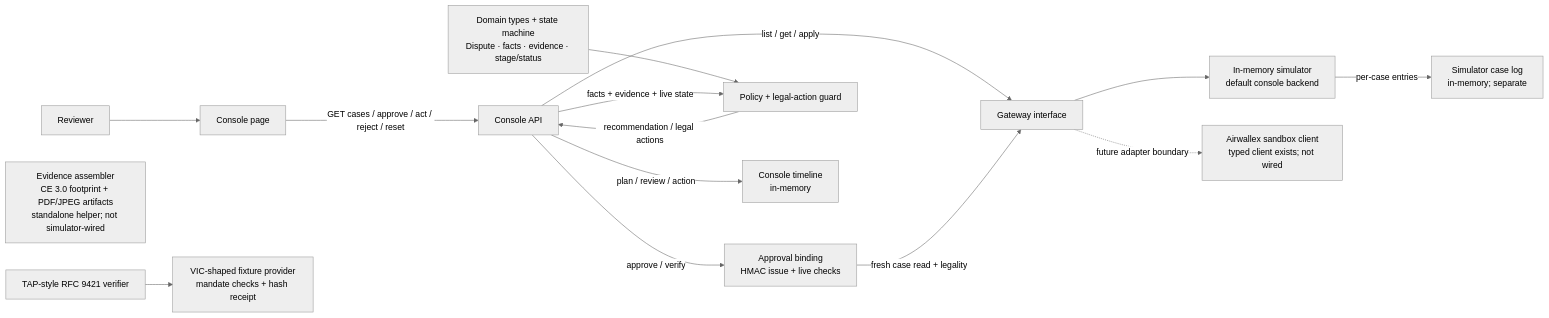
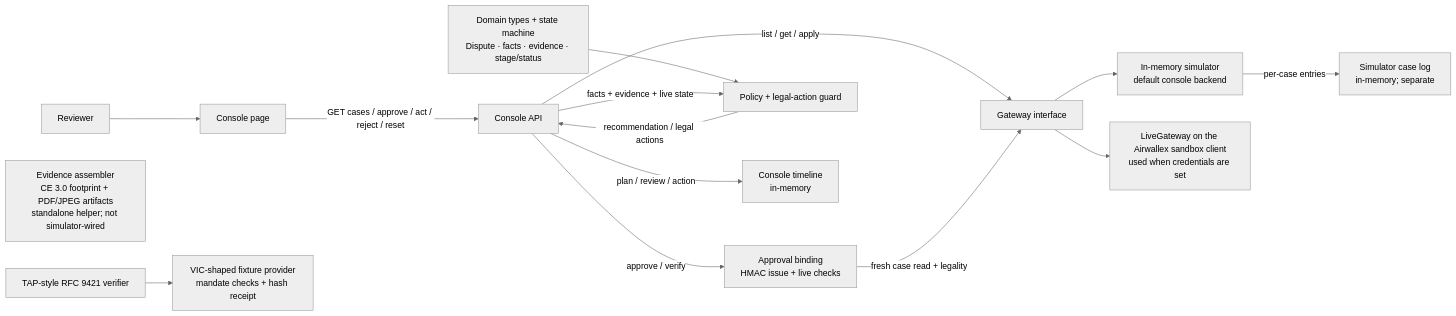
One commit to vyayasan/dispute-pilot changed the first of 2 diagrams in docs/system-architecture.md. Above: the diagram before and after it, drawn with Mermaid (neutral theme). The commit also changed 10 other files, not shown here.

Commit message:
Refresh architecture and Kit 4 diagrams, update docs for the live gateway

````diff
--- a/docs/system-architecture.md
+++ b/docs/system-architecture.md
@@ -7,17 +7,17 @@
 ```mermaid
 flowchart LR
   U[Reviewer] --> UI[Console page]
   UI -->|GET cases / approve / act / reject / reset| API[Console API]
   API -->|list / get / apply| GI[Gateway interface]
   API -->|approve / verify| AB[Approval binding<br/>HMAC issue + live checks]
   AB -->|fresh case read + legality| GI
   DM[Domain types + state machine<br/>Dispute · facts · evidence · stage/status] --> POL
   GI --> SIM[In-memory simulator<br/>default console backend]
-  GI -. future adapter boundary .-> AW[Airwallex sandbox client<br/>typed client exists; not wired]
+  GI --> AW[LiveGateway on the Airwallex sandbox client<br/>used when credentials are set]
   API -->|facts + evidence + live state| POL[Policy + legal-action guard]
   POL -->|recommendation / legal actions| API
   EF[Evidence assembler<br/>CE 3.0 footprint + PDF/JPEG artifacts<br/>standalone helper; not simulator-wired]
   TAP[TAP-style RFC 9421 verifier] --> VIC[VIC-shaped fixture provider<br/>mandate checks + hash receipt]
   API -->|plan / review / action| AUD[Console timeline<br/>in-memory]
   SIM -->|per-case entries| LOG[Simulator case log<br/>in-memory; separate]
 ```
````
